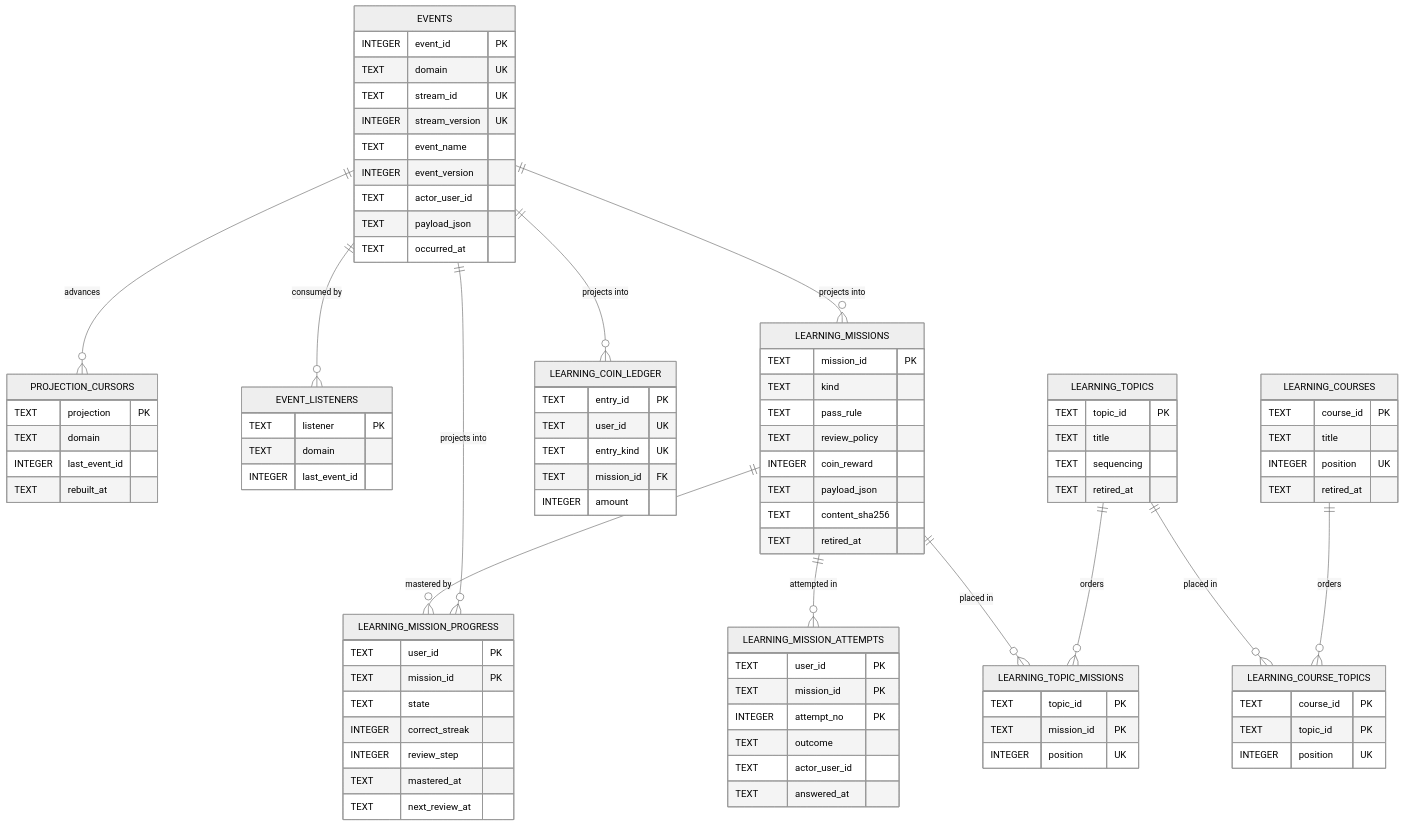
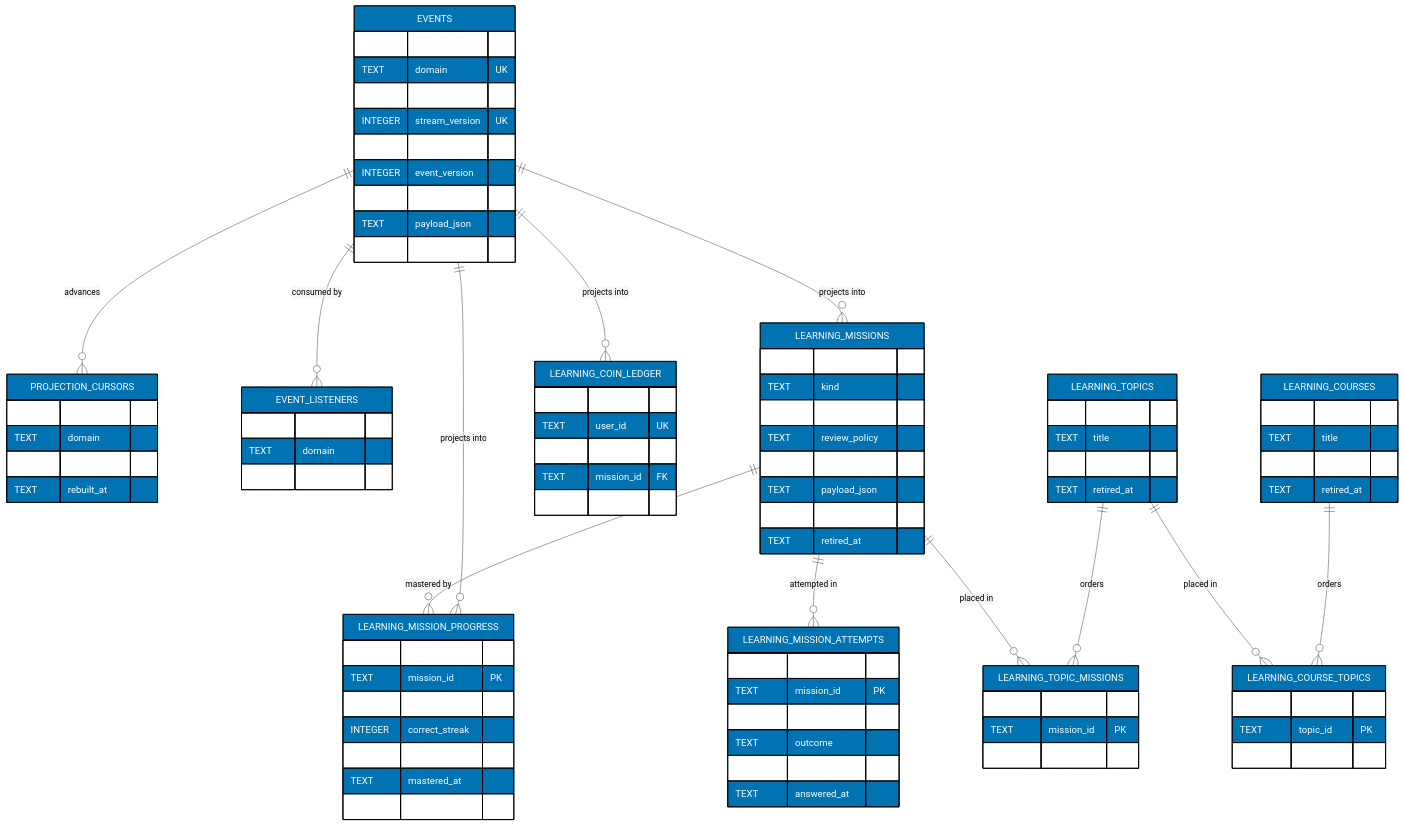
Before and after one commit to wahidyankf/beaver-nest: the diagram in plans/backlog/family-learning-engine/tech-docs/002-data-model.md, drawn with Mermaid (neutral theme). The commit also changed 7 other files, not shown here.

First line of the commit message:
fix(mermaid): bring every live diagram onto the accessible palette

````diff
--- a/plans/backlog/family-learning-engine/tech-docs/002-data-model.md
+++ b/plans/backlog/family-learning-engine/tech-docs/002-data-model.md
@@ -25,5 +25,7 @@
 ```mermaid
 erDiagram
+    accTitle: Entity relationships
+    accDescr: Entity-relationship diagram with 11 items: EVENTS, PROJECTION_CURSORS, EVENT_LISTENERS, LEARNING_MISSIONS, LEARNING_MISSION_PROGRESS, LEARNING_COIN_LEDGER, LEARNING_COURSES, LEARNING_COURSE_TOPICS, LEARNING_TOPICS, LEARNING_TOPIC_MISSIONS, LEARNING_MISSION_ATTEMPTS. Relationships: EVENTS to PROJECTION_CURSORS: advances; EVENTS to EVENT_LISTENERS: consumed by; EVENTS to LEARNING_MISSIONS: projects into; EVENTS to LEARNING_MISSION_PROGRESS: projects into; EVENTS to LEARNING_COIN_LEDGER: projects into; LEARNING_COURSES to LEARNING_COURSE_TOPICS: orders; LEARNING_TOPICS to LEARNING_COURSE_TOPICS: placed in; LEARNING_TOPICS to LEARNING_TOPIC_MISSIONS: orders; LEARNING_MISSIONS to LEARNING_TOPIC_MISSIONS: placed in; LEARNING_MISSIONS to LEARNING_MISSION_PROGRESS: mastered by; LEARNING_MISSIONS to LEARNING_MISSION_ATTEMPTS: attempted in.
     EVENTS ||--o{ PROJECTION_CURSORS : "advances"
     EVENTS ||--o{ EVENT_LISTENERS : "consumed by"
     EVENTS ||--o{ LEARNING_MISSIONS : "projects into"
@@ -114,4 +116,5 @@
         TEXT mission_id FK
         INTEGER amount
     }
+    classDef default fill:#0173B2,stroke:#000000,color:#FFFFFF
 ```
````
